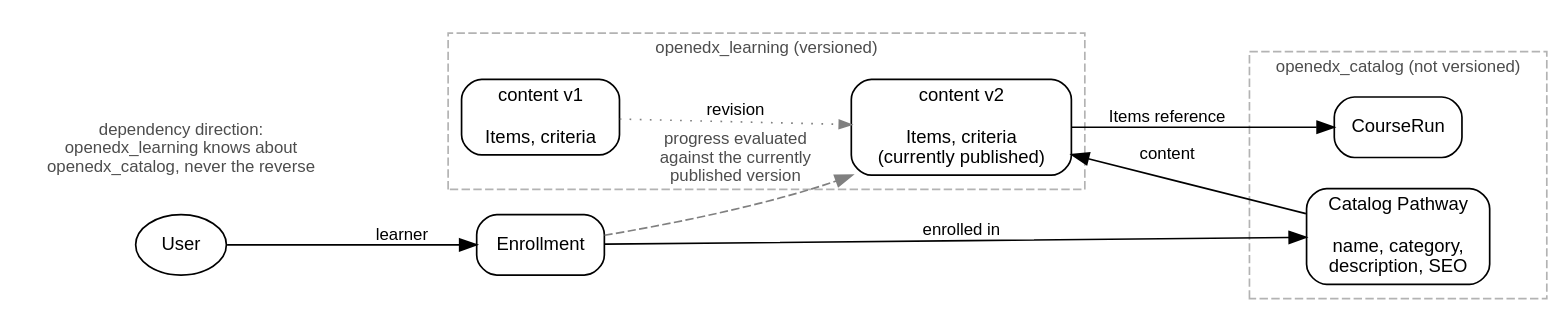
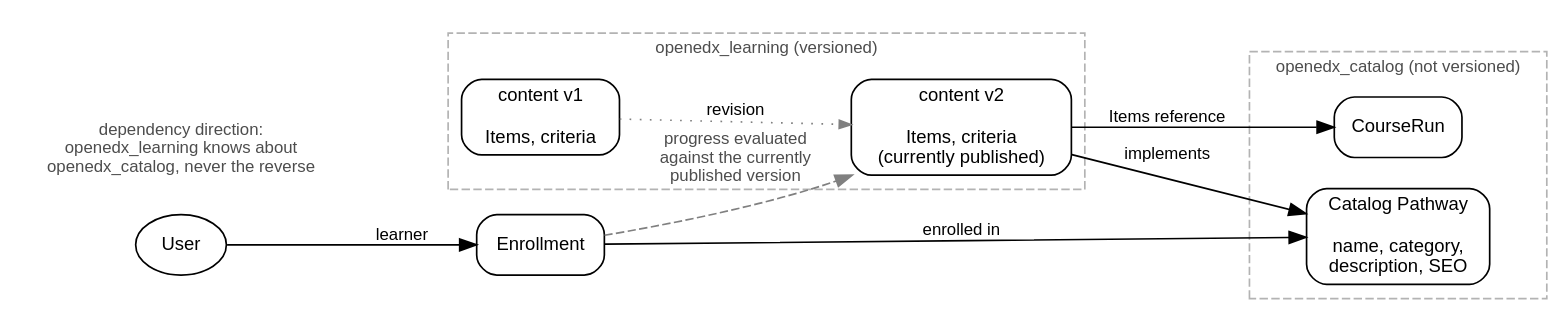
One commit to openedx/openedx-core changed the diagram in docs/openedx_learning/decisions/images/pathway-catalog-content.dot. Above: the diagram before and after it, drawn with Graphviz. The commit also changed 7 other files, not shown here.

```diff
--- a/docs/openedx_learning/decisions/images/pathway-catalog-content.dot
+++ b/docs/openedx_learning/decisions/images/pathway-catalog-content.dot
@@ -1,40 +1,40 @@
 digraph pathway_catalog_content {
     rankdir=LR;
     fontname="Helvetica";
     compound=true;
     node [shape=box, style=rounded, fontname="Helvetica", fontsize=11];
     edge [fontname="Helvetica", fontsize=10];
 
     subgraph cluster_catalog {
         label="openedx_catalog (not versioned)";
         fontsize=10;
         fontcolor="#4d4d4d";
         style=dashed;
         color="#b3b3b3";
         catalog [label="Catalog Pathway\n\nname, category,\ndescription, SEO"];
         courserun [label="CourseRun"];
     }
 
     subgraph cluster_content {
         label="openedx_learning (versioned)";
         fontsize=10;
         fontcolor="#4d4d4d";
         style=dashed;
         color="#b3b3b3";
         v1 [label="content v1\n\nItems, criteria"];
         v2 [label="content v2\n\nItems, criteria\n(currently published)"];
         v1 -> v2 [style=dotted, color="#808080", arrowsize=0.7, label="revision"];
     }
 
     user [label="User", shape=ellipse];
     enrollment [label="Enrollment"];
 
     user -> enrollment [label="learner"];
     enrollment -> catalog [label="enrolled in"];
     enrollment -> v2 [label="progress evaluated\nagainst the currently\npublished version", style=dashed, color="#808080", fontcolor="#4d4d4d"];
 
-    v2 -> catalog [label="content", dir=back];  // arrowhead at v2: the Catalog Pathway points at its content
+    v2 -> catalog [label="implements"];
     v2 -> courserun [label="Items reference"];
 
     direction [label="dependency direction:\nopenedx_learning knows about\nopenedx_catalog, never the reverse", shape=plaintext, fontsize=10, fontcolor="#4d4d4d"];
 }
```
